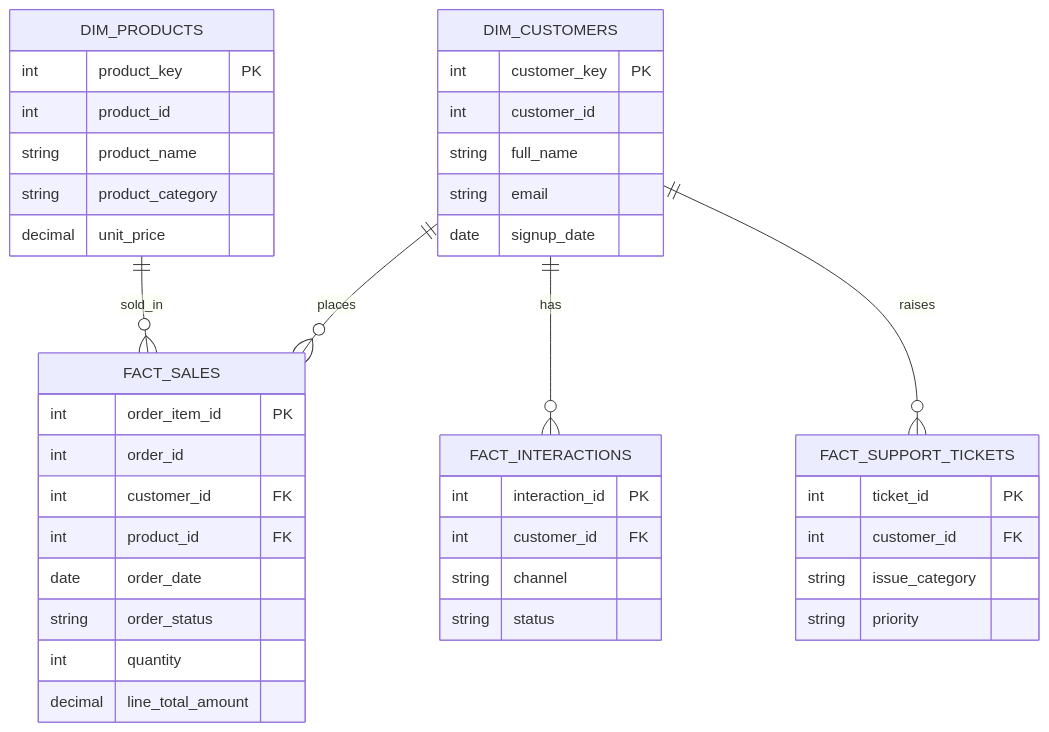
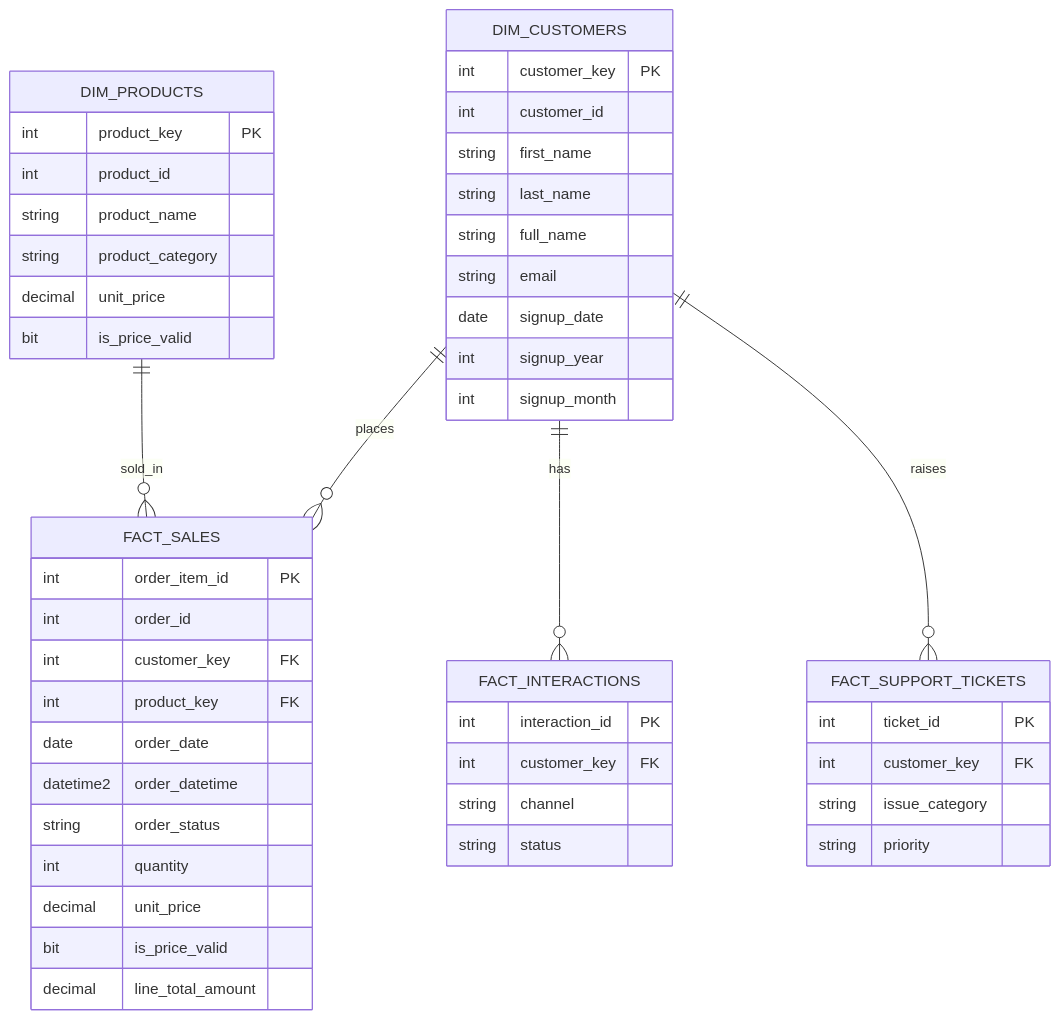
One commit to Olayemi-Ajayi/SQL-Data-Warehouse-Project changed the second of 2 diagrams in README.md. Above: the diagram before and after it, drawn with Mermaid. The commit also changed other lines of this file, not shown here.

````diff
--- a/README.md
+++ b/README.md
@@ -79,43 +122,52 @@
 ```mermaid
 erDiagram
     DIM_CUSTOMERS ||--o{ FACT_SALES : places
     DIM_PRODUCTS ||--o{ FACT_SALES : sold_in
     DIM_CUSTOMERS ||--o{ FACT_INTERACTIONS : has
     DIM_CUSTOMERS ||--o{ FACT_SUPPORT_TICKETS : raises
+
     DIM_CUSTOMERS {
         int customer_key PK
         int customer_id
+        string first_name
+        string last_name
         string full_name
         string email
         date signup_date
+        int signup_year
+        int signup_month
     }
     DIM_PRODUCTS {
         int product_key PK
         int product_id
         string product_name
         string product_category
         decimal unit_price
+        bit is_price_valid
     }
     FACT_SALES {
         int order_item_id PK
         int order_id
-        int customer_id FK
-        int product_id FK
+        int customer_key FK
+        int product_key FK
         date order_date
+        datetime2 order_datetime
         string order_status
         int quantity
+        decimal unit_price
+        bit is_price_valid
         decimal line_total_amount
     }
     FACT_INTERACTIONS {
         int interaction_id PK
-        int customer_id FK
+        int customer_key FK
         string channel
         string status
     }
     FACT_SUPPORT_TICKETS {
         int ticket_id PK
-        int customer_id FK
+        int customer_key FK
         string issue_category
         string priority
     }
 ```
````
